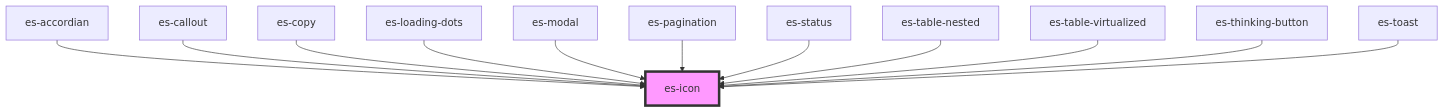
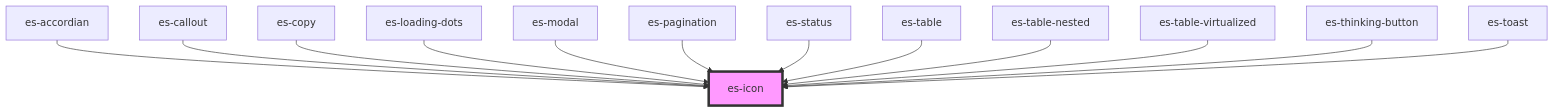
One commit to EventStore/Design-System changed the diagram in packages/components/src/components/es-icon/readme.md. Above: the diagram before and after it, drawn with Mermaid. The commit also changed other lines of this file and 10 other files, not shown here.

````diff
--- a/packages/components/src/components/es-icon/readme.md
+++ b/packages/components/src/components/es-icon/readme.md
@@ -81,15 +82,16 @@
 ```mermaid
 graph TD;
   es-accordian --> es-icon
   es-callout --> es-icon
   es-copy --> es-icon
   es-loading-dots --> es-icon
   es-modal --> es-icon
   es-pagination --> es-icon
   es-status --> es-icon
+  es-table --> es-icon
   es-table-nested --> es-icon
   es-table-virtualized --> es-icon
   es-thinking-button --> es-icon
   es-toast --> es-icon
   style es-icon fill:#f9f,stroke:#333,stroke-width:4px
 ```
````
